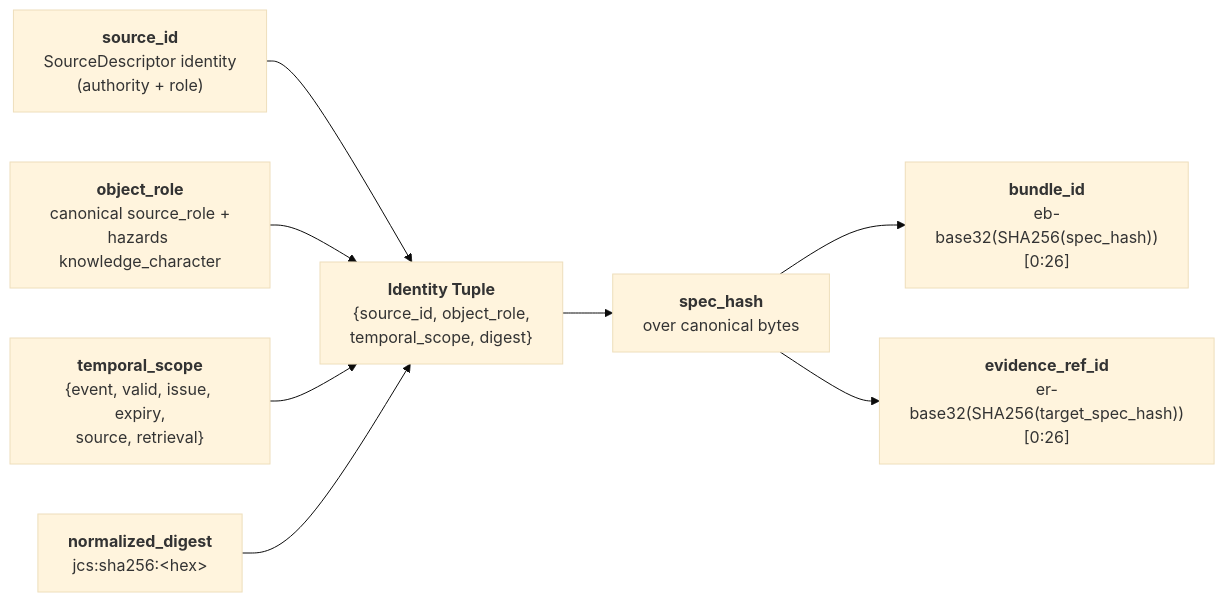
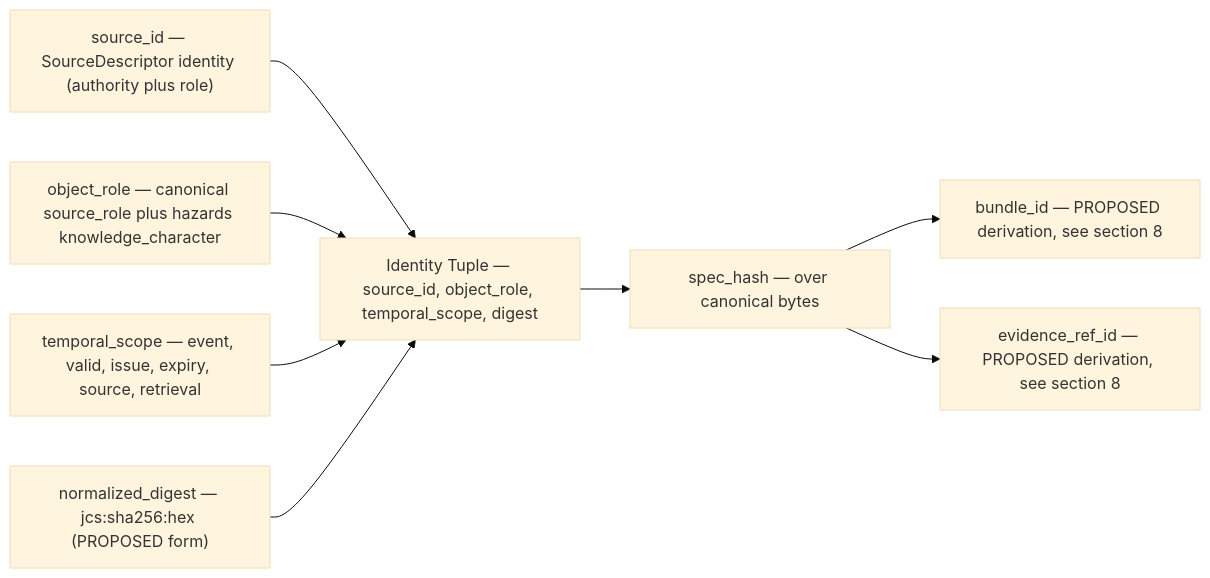
The first of 2 diagrams in docs/domains/hazards/IDENTITY_MODEL.md (bartytime4life/Kansas-Frontier-Matrix), drawn with Mermaid (base theme) before and after one commit. The commit also changed other lines of this file, not shown here.

````diff
--- a/docs/domains/hazards/IDENTITY_MODEL.md
+++ b/docs/domains/hazards/IDENTITY_MODEL.md
@@ -115,10 +127,10 @@
 ```mermaid
 flowchart LR
-  SD["<b>source_id</b><br/>SourceDescriptor identity<br/>(authority + role)"] --> TUP["<b>Identity Tuple</b><br/>{source_id, object_role,<br/>temporal_scope, digest}"]
-  OR["<b>object_role</b><br/>canonical source_role +<br/>hazards knowledge_character"] --> TUP
-  TS["<b>temporal_scope</b><br/>{event, valid, issue, expiry,<br/>source, retrieval}"] --> TUP
-  ND["<b>normalized_digest</b><br/>jcs:sha256:&lt;hex&gt;"] --> TUP
-  TUP --> SH["<b>spec_hash</b><br/>over canonical bytes"]
-  SH --> BID["<b>bundle_id</b><br/>eb-base32(SHA256(spec_hash))[0:26]"]
-  SH --> ERID["<b>evidence_ref_id</b><br/>er-base32(SHA256(target_spec_hash))[0:26]"]
+  SD["source_id — SourceDescriptor identity (authority plus role)"] --> TUP["Identity Tuple — source_id, object_role, temporal_scope, digest"]
+  OR["object_role — canonical source_role plus hazards knowledge_character"] --> TUP
+  TS["temporal_scope — event, valid, issue, expiry, source, retrieval"] --> TUP
+  ND["normalized_digest — jcs:sha256:hex (PROPOSED form)"] --> TUP
+  TUP --> SH["spec_hash — over canonical bytes"]
+  SH --> BID["bundle_id — PROPOSED derivation, see section 8"]
+  SH --> ERID["evidence_ref_id — PROPOSED derivation, see section 8"]
 ```
````
